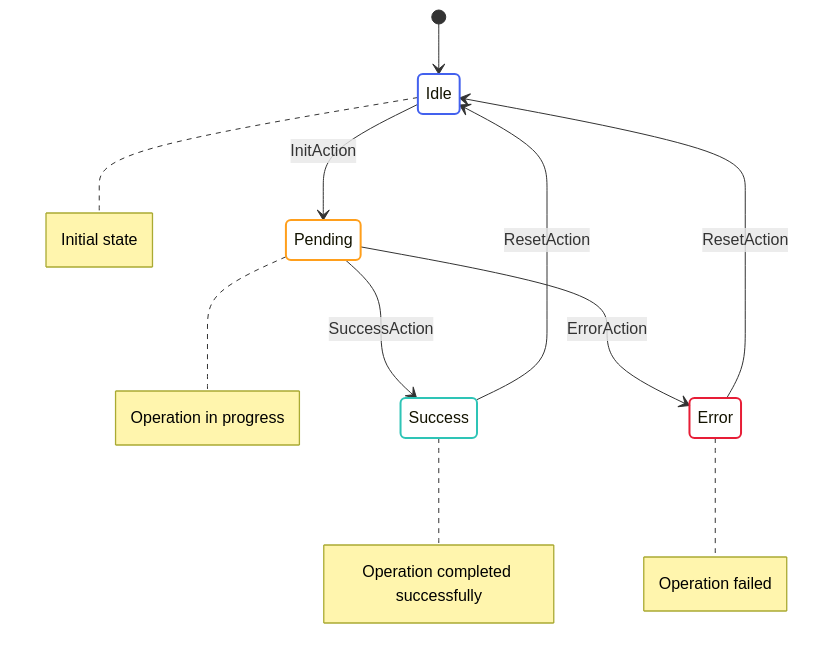
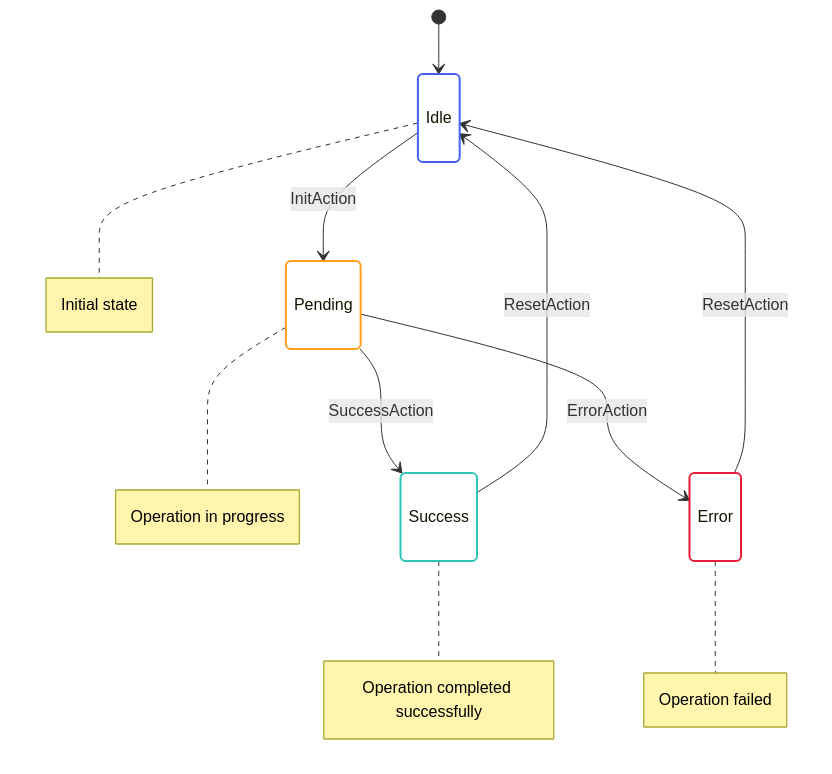
Before and after one commit to openmina/openmina: the diagram in llm-docs-v2/patterns/async-operations.md, drawn with Mermaid. The commit also changed other lines of this file and 11 other files, not shown here.

````diff
--- a/llm-docs-v2/patterns/async-operations.md
+++ b/llm-docs-v2/patterns/async-operations.md
@@ -9,24 +9,24 @@
 ```mermaid
 stateDiagram-v2
     [*] --> Idle
     Idle --> Pending: InitAction
     Pending --> Success: SuccessAction
     Pending --> Error: ErrorAction
     Success --> Idle: ResetAction
     Error --> Idle: ResetAction
-    
+
     note right of Idle: Initial state
     note right of Pending: Operation in progress
     note right of Success: Operation completed successfully
     note right of Error: Operation failed
-    
-    classDef idleState stroke:#4361ee,stroke-width:2px,fill:none;
-    classDef pendingState stroke:#ff9f1c,stroke-width:2px,fill:none;
-    classDef successState stroke:#2ec4b6,stroke-width:2px,fill:none;
-    classDef errorState stroke:#e71d36,stroke-width:2px,fill:none;
-    
+
+    classDef idleState stroke:#4361ee,stroke-width:2px,fill:none,padding:15px,margin:10px;
+    classDef pendingState stroke:#ff9f1c,stroke-width:2px,fill:none,padding:15px,margin:10px;
+    classDef successState stroke:#2ec4b6,stroke-width:2px,fill:none,padding:15px,margin:10px;
+    classDef errorState stroke:#e71d36,stroke-width:2px,fill:none,padding:15px,margin:10px;
+
     class Idle idleState
     class Pending pendingState
     class Success successState
     class Error errorState
 ```
````
